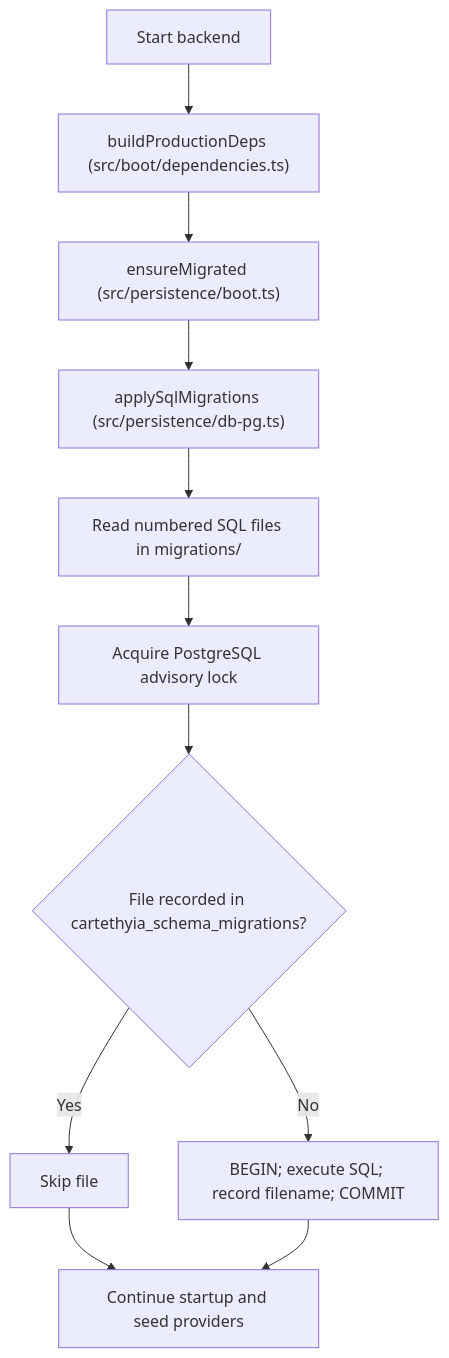
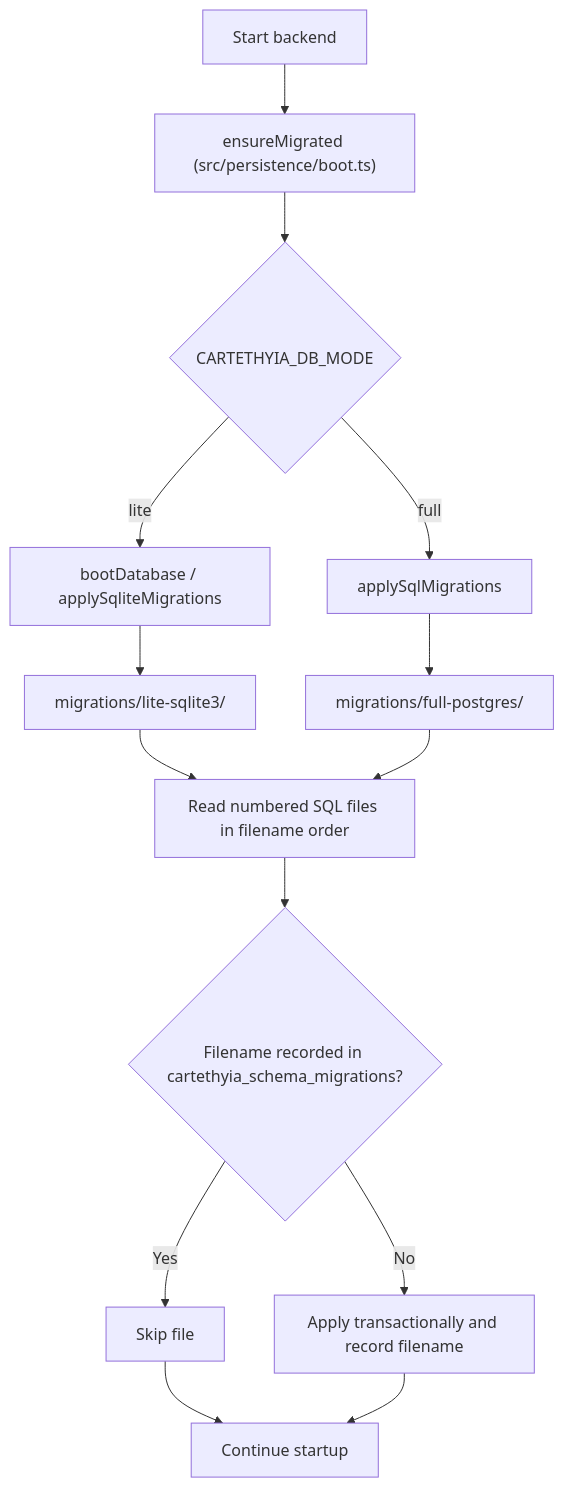
The diagram in migrations/README.md (risunCode/Cartethyia), drawn with Mermaid before and after one commit. The commit also changed other lines of this file and 24 other files, not shown here.

````diff
--- a/migrations/README.md
+++ b/migrations/README.md
@@ -5,13 +13,16 @@
 ```mermaid
 flowchart TD
-    A[Start backend] --> B["buildProductionDeps (src/boot/dependencies.ts)"]
-    B --> C["ensureMigrated (src/persistence/boot.ts)"]
-    C --> D["applySqlMigrations (src/persistence/db-pg.ts)"]
-    D --> E[Read numbered SQL files in migrations/]
-    E --> F[Acquire PostgreSQL advisory lock]
-    F --> G{File recorded in cartethyia_schema_migrations?}
-    G -- Yes --> H[Skip file]
-    G -- No --> I[BEGIN; execute SQL; record filename; COMMIT]
-    H --> J[Continue startup and seed providers]
-    I --> J
+    A[Start backend] --> B["ensureMigrated (src/persistence/boot.ts)"]
+    B --> C{"CARTETHYIA_DB_MODE"}
+    C -- lite --> D["bootDatabase / applySqliteMigrations"]
+    C -- full --> E["applySqlMigrations"]
+    D --> F["migrations/lite-sqlite3/"]
+    E --> G["migrations/full-postgres/"]
+    F --> H[Read numbered SQL files in filename order]
+    G --> H
+    H --> I{Filename recorded in cartethyia_schema_migrations?}
+    I -- Yes --> J[Skip file]
+    I -- No --> K[Apply transactionally and record filename]
+    J --> L[Continue startup]
+    K --> L
 ```
````
